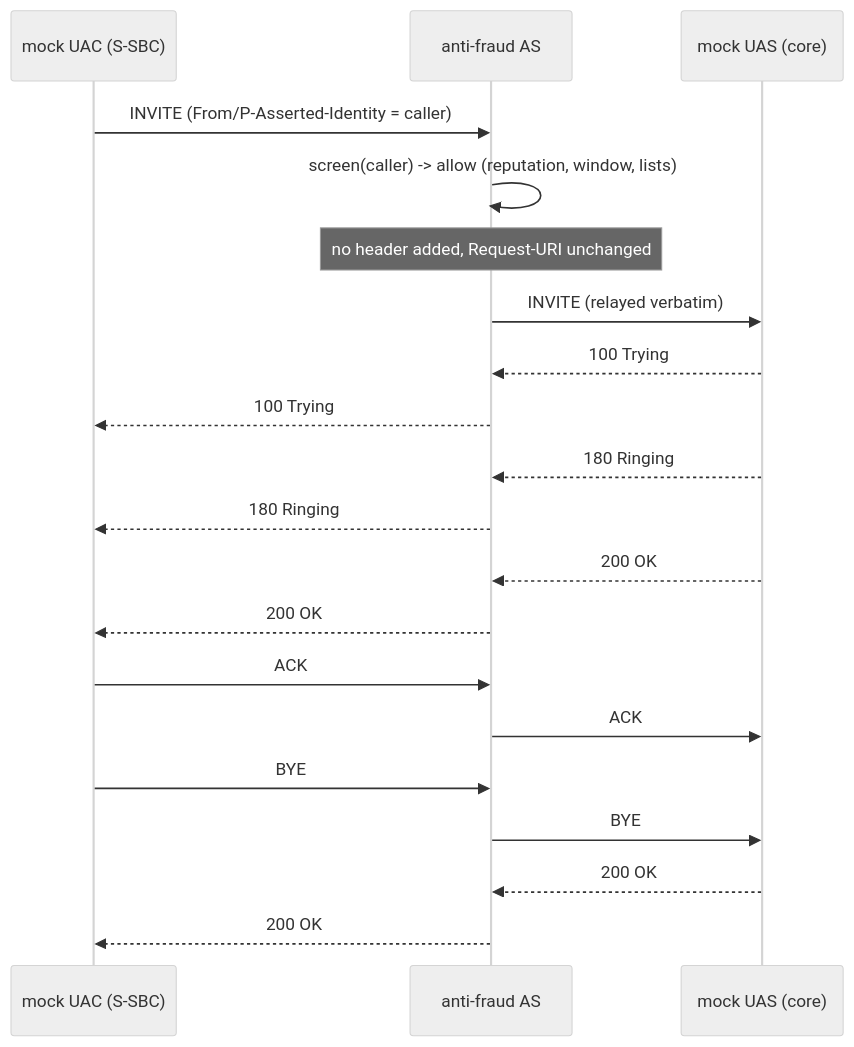
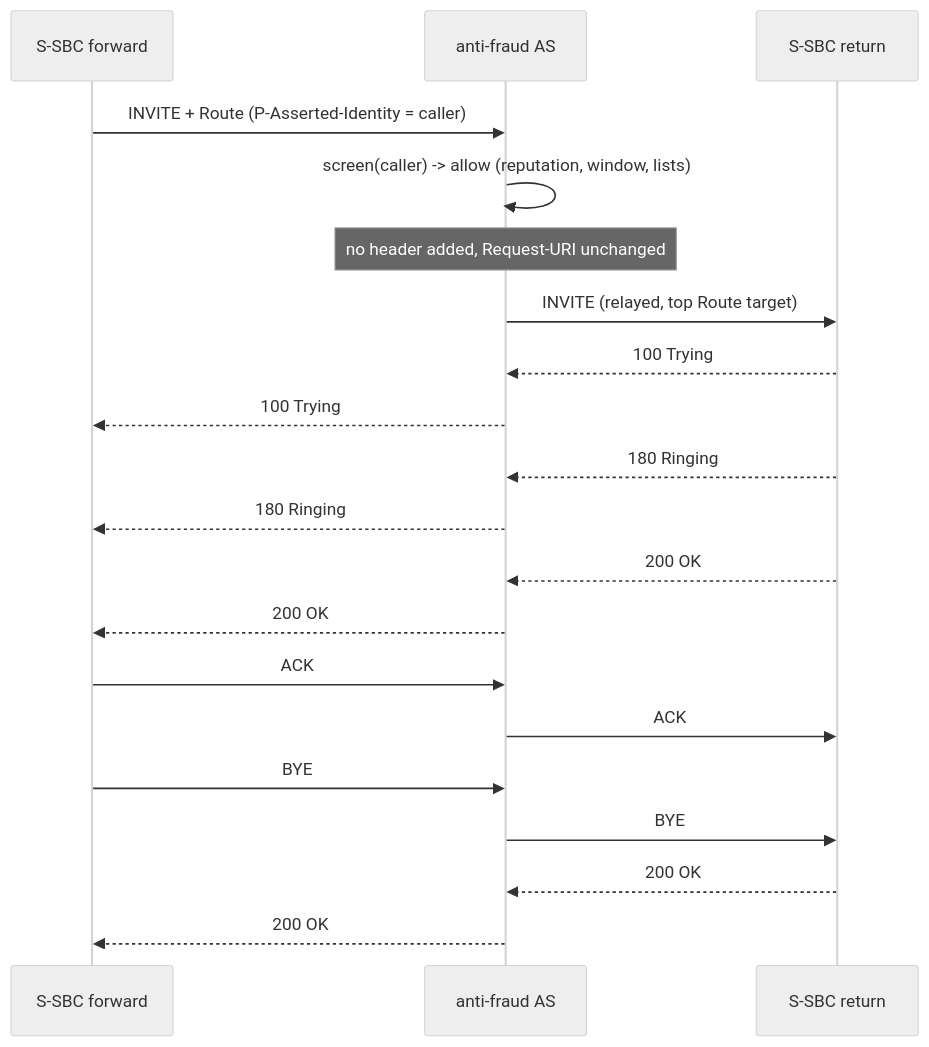
Before and after one commit to dolanshu/3rdparty_AS_POC: the sixth of 10 diagrams in docs/architecture/hld.md, drawn with Mermaid (neutral theme). The commit also changed other lines of this file and 67 other files, not shown here.

````diff
--- a/docs/architecture/hld.md
+++ b/docs/architecture/hld.md
@@ -229,22 +230,22 @@
 ```mermaid
 sequenceDiagram
-    participant UAC as mock UAC (S-SBC)
+    participant FWD as S-SBC forward
     participant FAS as anti-fraud AS
-    participant UAS as mock UAS (core)
-    UAC->>FAS: INVITE (From/P-Asserted-Identity = caller)
+    participant RET as S-SBC return
+    FWD->>FAS: INVITE + Route (P-Asserted-Identity = caller)
     FAS->>FAS: screen(caller) -> allow (reputation, window, lists)
     Note over FAS: no header added, Request-URI unchanged
-    FAS->>UAS: INVITE (relayed verbatim)
-    UAS-->>FAS: 100 Trying
-    FAS-->>UAC: 100 Trying
-    UAS-->>FAS: 180 Ringing
-    FAS-->>UAC: 180 Ringing
-    UAS-->>FAS: 200 OK
-    FAS-->>UAC: 200 OK
-    UAC->>FAS: ACK
-    FAS->>UAS: ACK
-    UAC->>FAS: BYE
-    FAS->>UAS: BYE
-    UAS-->>FAS: 200 OK
-    FAS-->>UAC: 200 OK
+    FAS->>RET: INVITE (relayed, top Route target)
+    RET-->>FAS: 100 Trying
+    FAS-->>FWD: 100 Trying
+    RET-->>FAS: 180 Ringing
+    FAS-->>FWD: 180 Ringing
+    RET-->>FAS: 200 OK
+    FAS-->>FWD: 200 OK
+    FWD->>FAS: ACK
+    FAS->>RET: ACK
+    FWD->>FAS: BYE
+    FAS->>RET: BYE
+    RET-->>FAS: 200 OK
+    FAS-->>FWD: 200 OK
 ```
````
